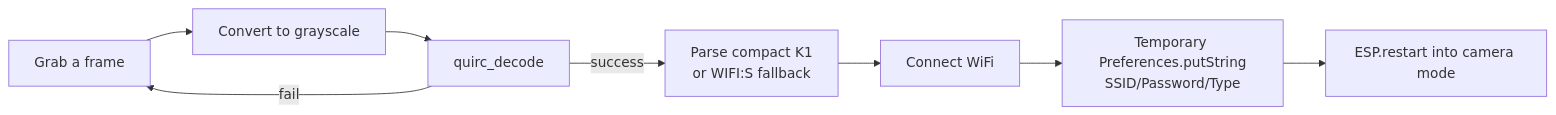
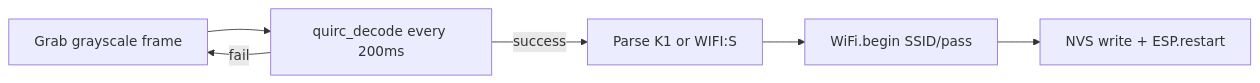
Before and after one commit to Dennis-T-cloud/KineticLife-: the second of 2 diagrams in docs/01_IoT_ESP32S3.md, drawn with Mermaid. The commit also changed other lines of this file and 12 other files, not shown here.

````diff
--- a/docs/01_IoT_ESP32S3.md
+++ b/docs/01_IoT_ESP32S3.md
@@ -187,10 +187,8 @@
 ```mermaid
 flowchart LR
-    A[Grab a frame] --> B[Convert to grayscale]
-    B --> C[quirc_decode]
-    C -->|fail| A
-    C -->|success| D[Parse compact K1<br/>or WIFI:S fallback]
-    D --> E[Connect WiFi]
-    E --> F[Temporary Preferences.putString<br/>SSID/Password/Type]
-    F --> G[ESP.restart into camera mode]
+    A[Grab grayscale frame] --> B[quirc_decode every 200ms]
+    B -->|fail| A
+    B -->|success| C[Parse K1 or WIFI:S]
+    C --> D[WiFi.begin SSID/pass]
+    D --> E[NVS write + ESP.restart]
 ```
````
